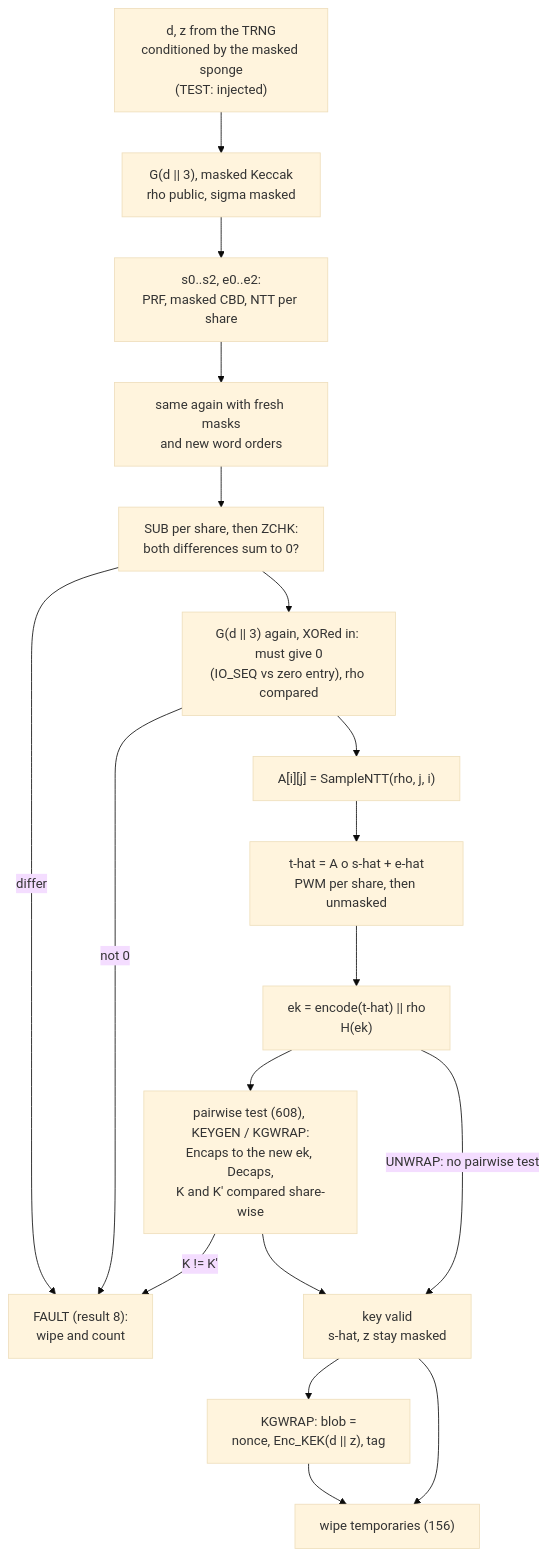
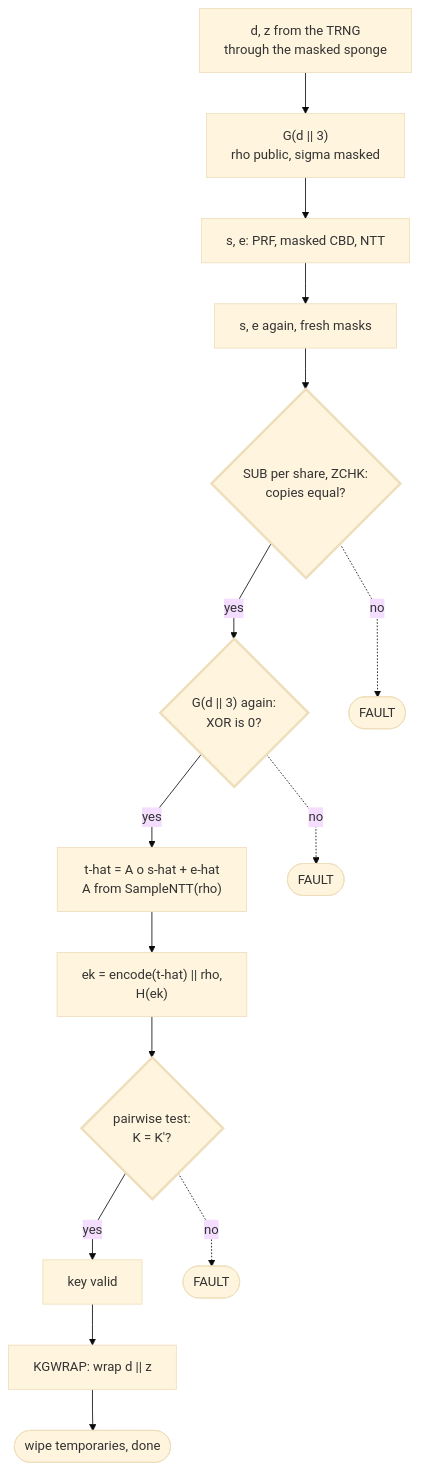
One commit to DH1252/mlkem_hls changed the eighth of 12 diagrams in docs/PQSE_diagrams.md. Above: the diagram before and after it, drawn with Mermaid (base theme). The commit also changed other lines of this file, not shown here.

First line of the commit message:
docs: restructure the diagrams, straight edges, plainer text

````diff
--- a/docs/PQSE_diagrams.md
+++ b/docs/PQSE_diagrams.md
@@ -248,26 +273,28 @@
 ```mermaid
-flowchart TD
-    seeds["d, z from the TRNG<br/>conditioned by the masked sponge<br/>(TEST: injected)"]
-    g["G(d || 3), masked Keccak<br/>rho public, sigma masked"]
-    g2["G(d || 3) again, XORed in: must give 0<br/>(IO_SEQ vs zero entry), rho compared"]
-    se1["s0..s2, e0..e2:<br/>PRF, masked CBD, NTT per share"]
-    se2["same again with fresh masks<br/>and new word orders"]
-    zchk["SUB per share, then ZCHK:<br/>both differences sum to 0?"]
-    a["A[i][j] = SampleNTT(rho, j, i)"]
-    t["t-hat = A o s-hat + e-hat<br/>PWM per share, then unmasked"]
-    ek["ek = encode(t-hat) || rho<br/>H(ek)"]
-    pct["pairwise test (608), KEYGEN / KGWRAP:<br/>Encaps to the new ek, Decaps,<br/>K and K' compared share-wise"]
-    valid["key valid<br/>s-hat, z stay masked"]
-    wrap["KGWRAP: blob =<br/>nonce, Enc_KEK(d || z), tag"]
-    wipe["wipe temporaries (156)"]
-    fault["FAULT (result 8):<br/>wipe and count"]
+%%{init: {"flowchart": {"curve": "linear"}}}%%
+flowchart TB
+    seeds["d, z from the TRNG<br/>through the masked sponge"]
+    g["G(d || 3)<br/>rho public, sigma masked"]
+    se1["s, e: PRF, masked CBD, NTT"]
+    se2["s, e again, fresh masks"]
+    zchk{"SUB per share, ZCHK:<br/>copies equal?"}
+    gchk{"G(d || 3) again:<br/>XOR is 0?"}
+    t["t-hat = A o s-hat + e-hat<br/>A from SampleNTT(rho)"]
+    ek["ek = encode(t-hat) || rho,<br/>H(ek)"]
+    pct{"pairwise test:<br/>K = K'?"}
+    valid["key valid"]
+    wrap["KGWRAP: wrap d || z"]
+    wipe(["wipe temporaries, done"])
+    f1(["FAULT"])
+    f2(["FAULT"])
+    f3(["FAULT"])
     seeds --> g --> se1 --> se2 --> zchk
-    zchk -->|"differ"| fault
-    zchk --> g2
-    g2 -->|"not 0"| fault
-    g2 --> a --> t --> ek --> pct
-    pct -->|"K != K'"| fault
-    pct --> valid --> wrap --> wipe
-    valid --> wipe
-    ek -->|"UNWRAP: no pairwise test"| valid
+    zchk -->|"yes"| gchk
+    gchk -->|"yes"| t --> ek --> pct
+    pct -->|"yes"| valid --> wrap --> wipe
+    zchk -.->|"no"| f1
+    gchk -.->|"no"| f2
+    pct -.->|"no"| f3
+    classDef check stroke-width:3px
+    class zchk,gchk,pct check
 ```
````
